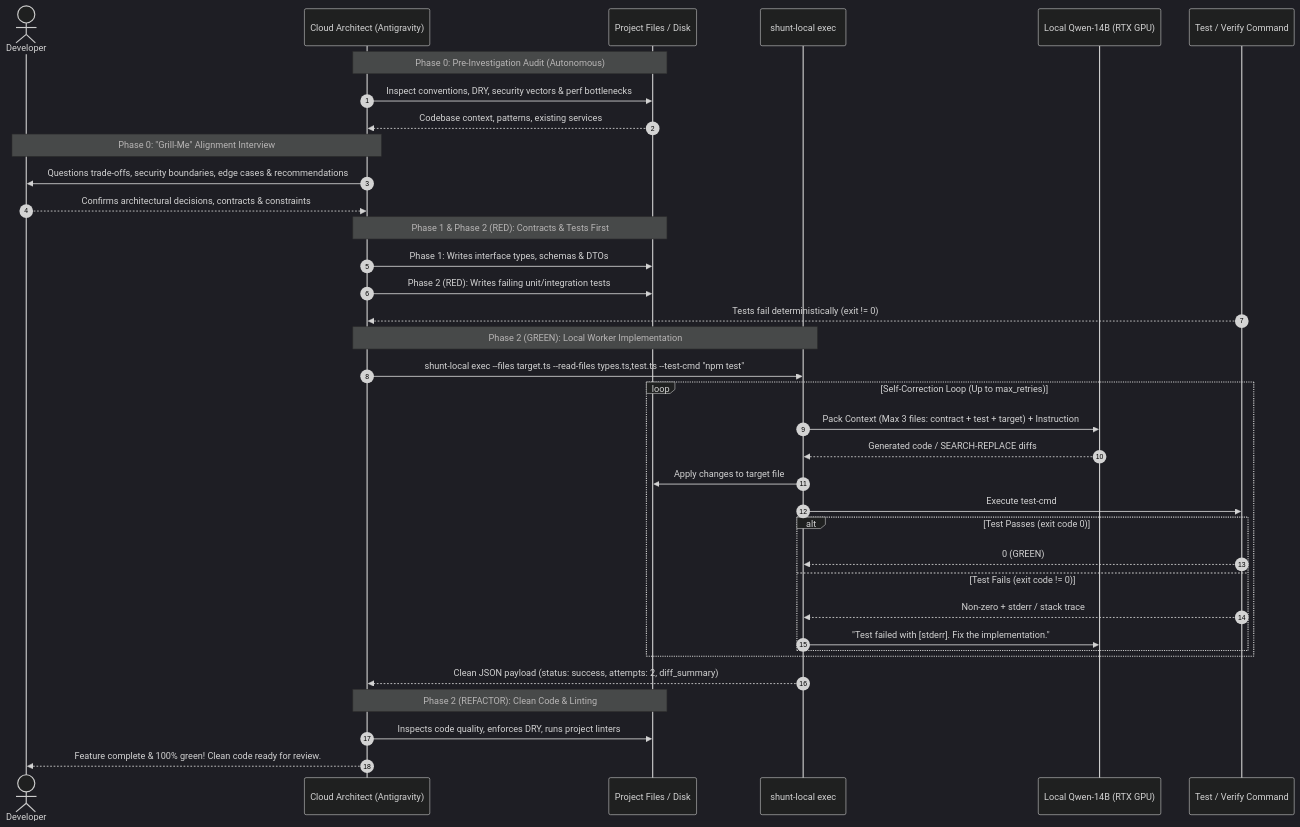
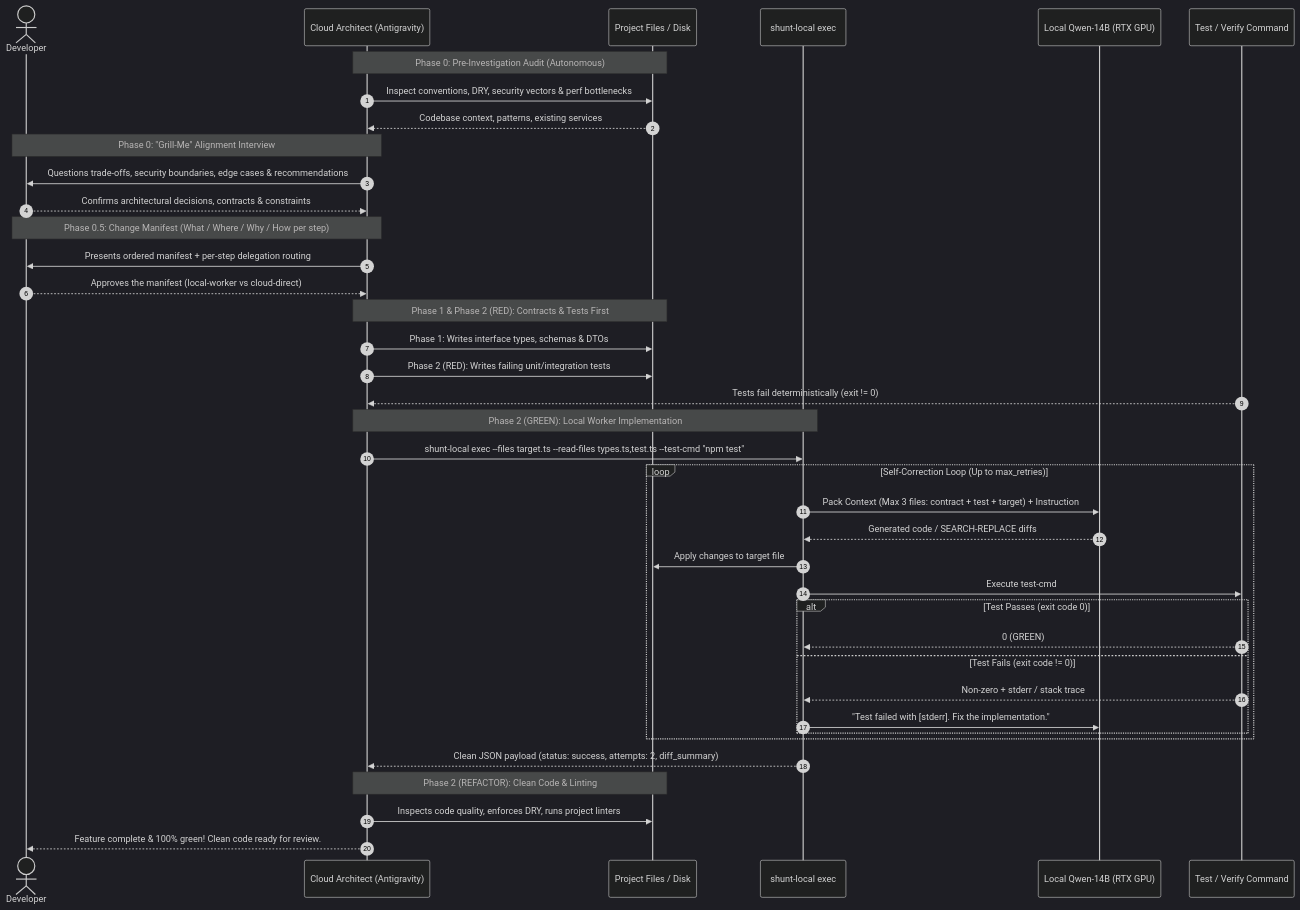
Before and after one commit to devmercenario/shunt-local: the second of 4 diagrams in README.md, drawn with Mermaid (dark theme). The commit also changed other lines of this file and 1 other file, not shown here.

First line of the commit message:
docs(protocol): add Phase 0.5 Change Manifest and delegation routing (#5)

````diff
--- a/README.md
+++ b/README.md
@@ -147,45 +148,49 @@
 ```mermaid
 sequenceDiagram
     autonumber
     actor Dev as Developer
     participant Architect as Cloud Architect (Antigravity)
     participant Disk as Project Files / Disk
     participant Worker as shunt-local exec
     participant Qwen as Local Qwen-14B (RTX GPU)
     participant Tester as Test / Verify Command
 
     Note over Architect,Disk: Phase 0: Pre-Investigation Audit (Autonomous)
     Architect->>Disk: Inspect conventions, DRY, security vectors & perf bottlenecks
     Disk-->>Architect: Codebase context, patterns, existing services
 
     Note over Architect,Dev: Phase 0: "Grill-Me" Alignment Interview
     Architect->>Dev: Questions trade-offs, security boundaries, edge cases & recommendations
     Dev-->>Architect: Confirms architectural decisions, contracts & constraints
+
+    Note over Architect,Dev: Phase 0.5: Change Manifest (What / Where / Why / How per step)
+    Architect->>Dev: Presents ordered manifest + per-step delegation routing
+    Dev-->>Architect: Approves the manifest (local-worker vs cloud-direct)
 
     Note over Architect,Disk: Phase 1 & Phase 2 (RED): Contracts & Tests First
     Architect->>Disk: Phase 1: Writes interface types, schemas & DTOs
     Architect->>Disk: Phase 2 (RED): Writes failing unit/integration tests
     Tester-->>Architect: Tests fail deterministically (exit != 0)
 
     Note over Architect,Worker: Phase 2 (GREEN): Local Worker Implementation
     Architect->>Worker: shunt-local exec --files target.ts --read-files types.ts,test.ts --test-cmd "npm test"
     
     loop Self-Correction Loop (Up to max_retries)
         Worker->>Qwen: Pack Context (Max 3 files: contract + test + target) + Instruction
         Qwen-->>Worker: Generated code / SEARCH-REPLACE diffs
         Worker->>Disk: Apply changes to target file
         Worker->>Tester: Execute test-cmd
         alt Test Passes (exit code 0)
             Tester-->>Worker: 0 (GREEN)
         else Test Fails (exit code != 0)
             Tester-->>Worker: Non-zero + stderr / stack trace
             Worker->>Qwen: "Test failed with [stderr]. Fix the implementation."
         end
     end
 
     Worker-->>Architect: Clean JSON payload (status: success, attempts: 2, diff_summary)
 
     Note over Architect,Disk: Phase 2 (REFACTOR): Clean Code & Linting
     Architect->>Disk: Inspects code quality, enforces DRY, runs project linters
     Architect-->>Dev: Feature complete & 100% green! Clean code ready for review.
 ```
````
